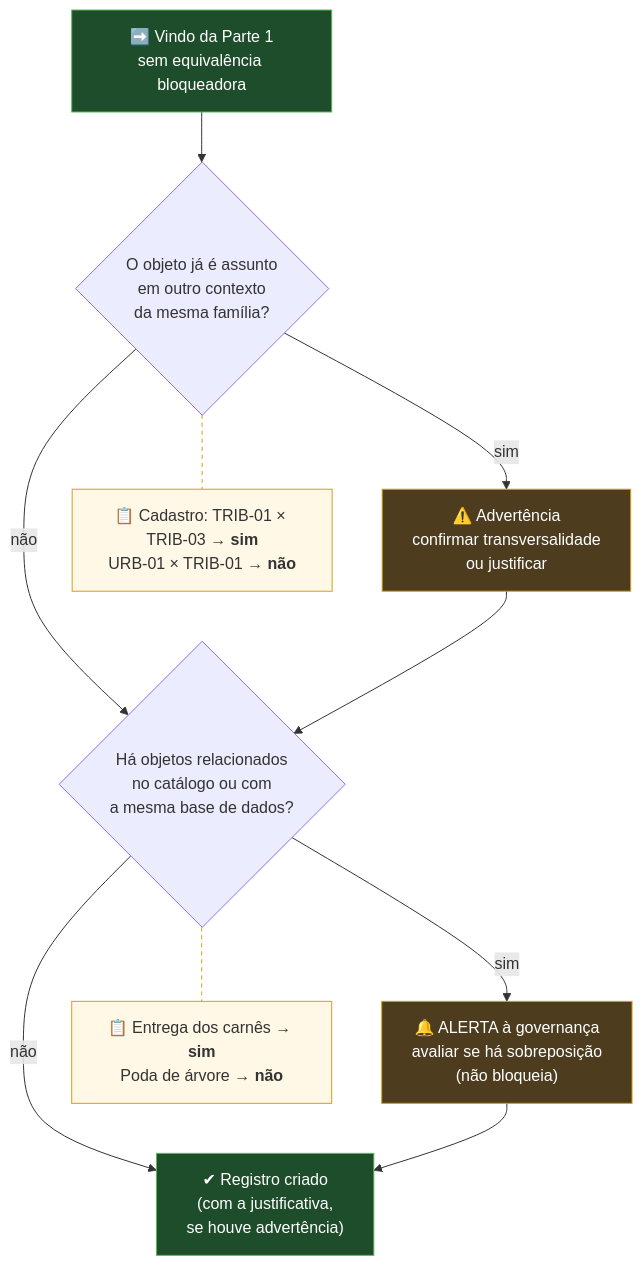
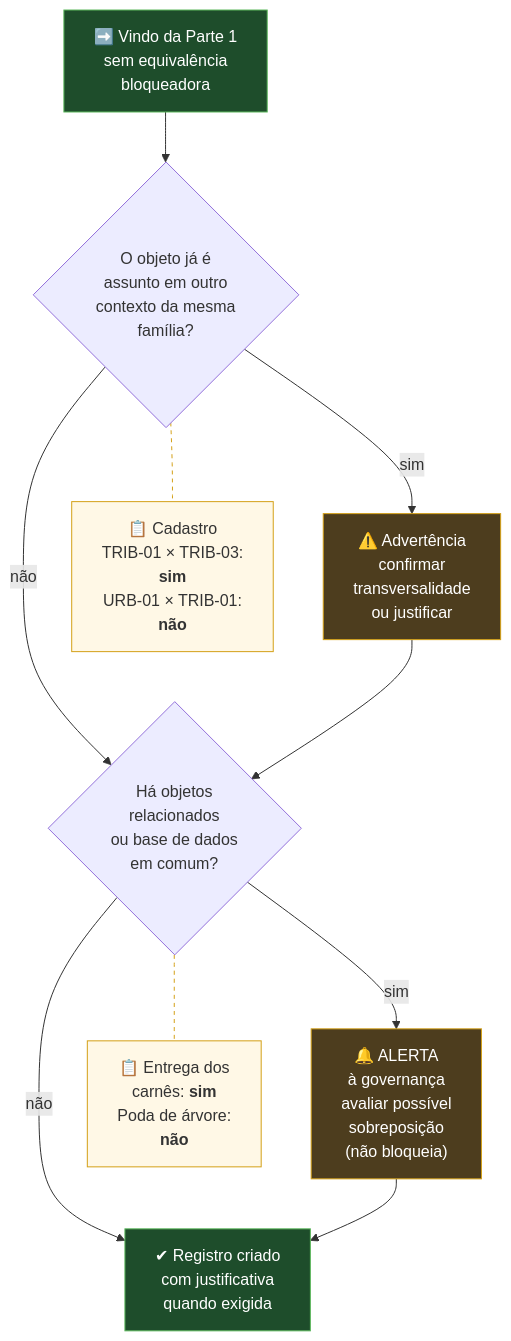
Before and after one commit to ailtonfv/governanca-lgpd-hortolandia: diagram 11 of 11 in README.md, drawn with Mermaid. The commit also changed other lines of this file, not shown here.

Commit message:
Ajusta diagrama e documenta testes de I1 e I2

````diff
--- a/README.md
+++ b/README.md
@@ -475,22 +475,22 @@
 ```mermaid
 %% tall
 flowchart TD
-    A0["➡️ Vindo da Parte 1<br/>sem equivalência bloqueadora"] --> QF{"O objeto já é assunto<br/>em outro contexto<br/>da mesma família?"}
-    QF -- "sim" --> ADV["⚠️ Advertência<br/>confirmar transversalidade<br/>ou justificar"]
+    A0["➡️ Vindo da Parte 1<br/>sem equivalência<br/>bloqueadora"] --> QF{"O objeto já é<br/>assunto em outro<br/>contexto da mesma<br/>família?"}
+    QF -- "sim" --> ADV["⚠️ Advertência<br/>confirmar<br/>transversalidade<br/>ou justificar"]
     QF -- "não" --> Q3
-    ADV --> Q3{"Há objetos relacionados<br/>no catálogo ou com<br/>a mesma base de dados?"}
-    Q3 -- "sim" --> AL["🔔 ALERTA à governança<br/>avaliar se há sobreposição<br/>(não bloqueia)"]
-    Q3 -- "não" --> OK["✔ Registro criado<br/>(com a justificativa,<br/>se houve advertência)"]
+    ADV --> Q3{"Há objetos<br/>relacionados<br/>ou base de dados<br/>em comum?"}
+    Q3 -- "sim" --> AL["🔔 ALERTA<br/>à governança<br/>avaliar possível<br/>sobreposição<br/>(não bloqueia)"]
+    Q3 -- "não" --> OK["✔ Registro criado<br/>com justificativa<br/>quando exigida"]
     AL --> OK
-    XQF["📋 Cadastro: TRIB-01 × TRIB-03 → <b>sim</b><br/>URB-01 × TRIB-01 → <b>não</b>"]
-    XQ3["📋 Entrega dos carnês → <b>sim</b><br/>Poda de árvore → <b>não</b>"]
+    XQF["📋 Cadastro<br/>TRIB-01 × TRIB-03:<br/><b>sim</b><br/>URB-01 × TRIB-01:<br/><b>não</b>"]
+    XQ3["📋 Entrega dos<br/>carnês: <b>sim</b><br/>Poda de árvore:<br/><b>não</b>"]
     QF -.- XQF
     Q3 -.- XQ3
     style A0 fill:#1e4d2b,stroke:#5cb85c,color:#fff
     style ADV fill:#4d3d1e,stroke:#d4a017,color:#fff
     style AL fill:#4d3d1e,stroke:#d4a017,color:#fff
     style OK fill:#1e4d2b,stroke:#5cb85c,color:#fff
     classDef ex fill:#fff8e6,stroke:#d4a017,color:#333
     class XQF,XQ3 ex
     linkStyle 7,8 stroke:#d4a017,stroke-dasharray:4
 ```
````
